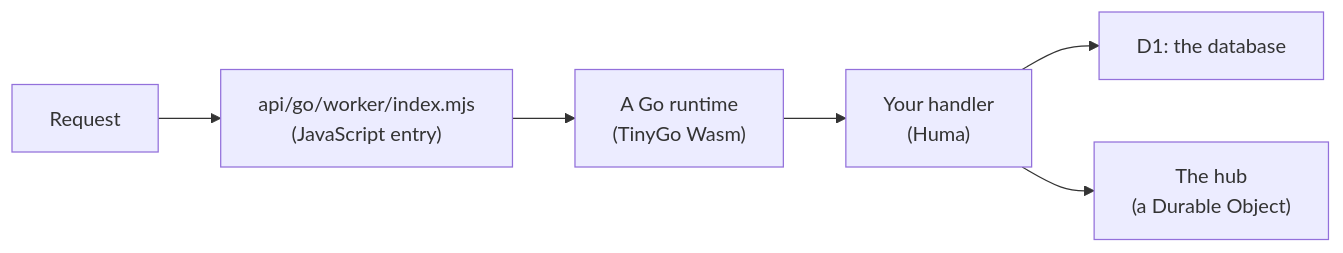
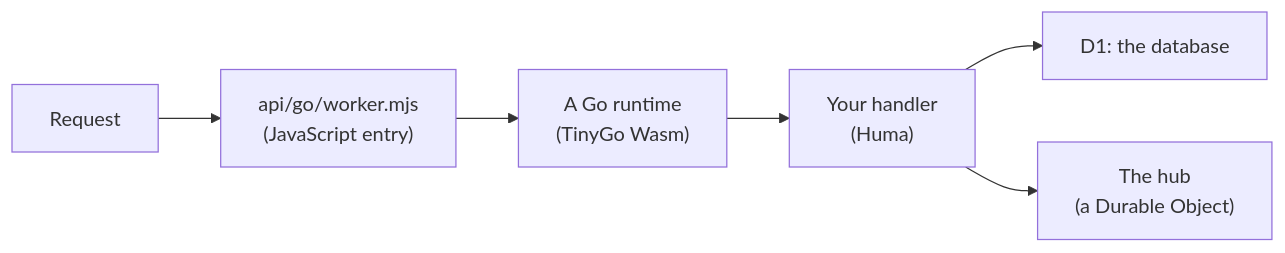
The diagram in docs/concepts/workers-go.md (joeblew999/charter), drawn with Mermaid before and after one commit. The commit also changed other lines of this file and 26 other files, not shown here.

````diff
--- a/docs/concepts/workers-go.md
+++ b/docs/concepts/workers-go.md
@@ -15,8 +15,8 @@
 ```mermaid
 flowchart LR
-    R["Request"] --> J["api/go/worker/index.mjs<br/>(JavaScript entry)"]
+    R["Request"] --> J["api/go/worker.mjs<br/>(JavaScript entry)"]
     J --> G["A Go runtime<br/>(TinyGo Wasm)"]
     G --> H["Your handler<br/>(Huma)"]
     H --> D["D1: the database"]
     H --> U["The hub<br/>(a Durable Object)"]
 ```
````
